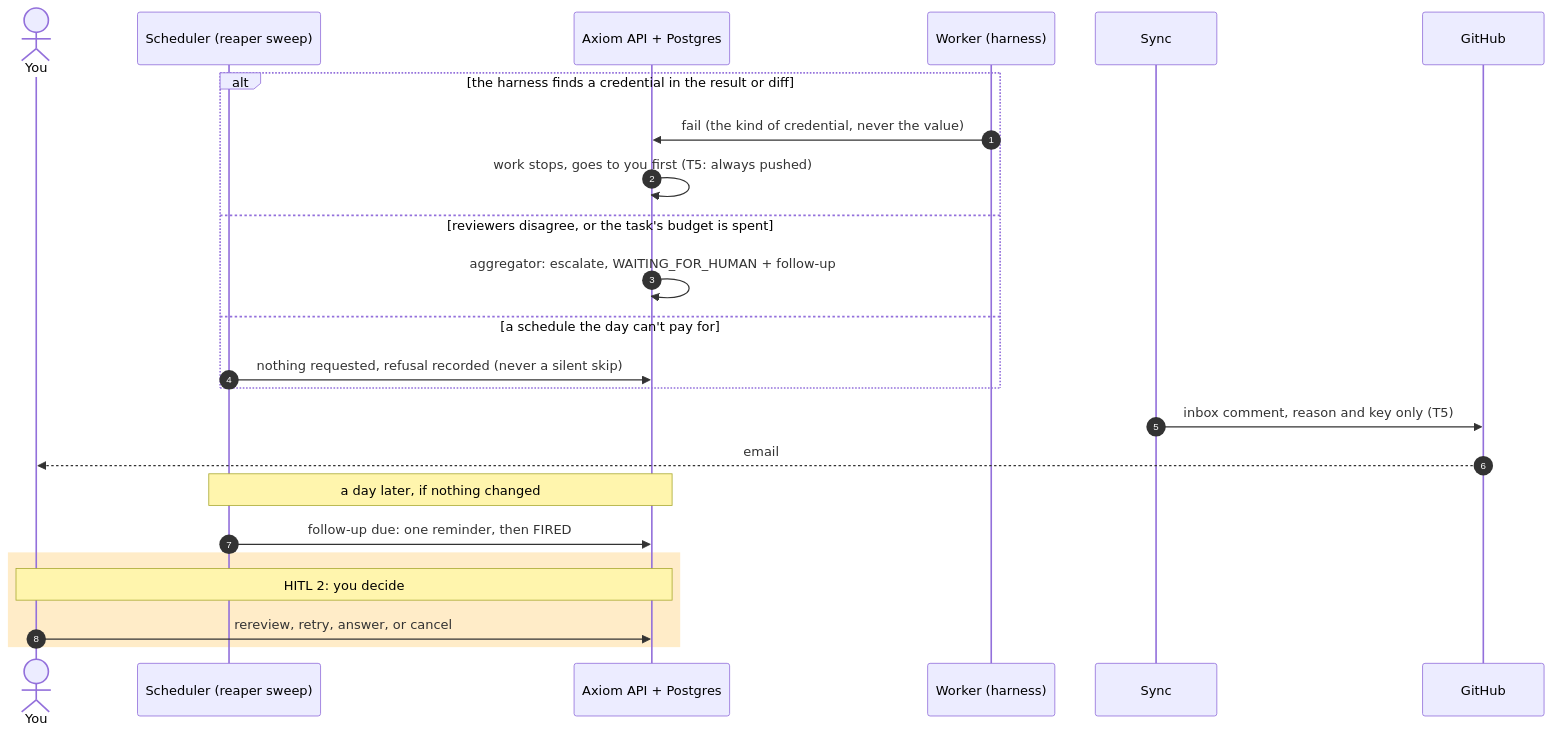
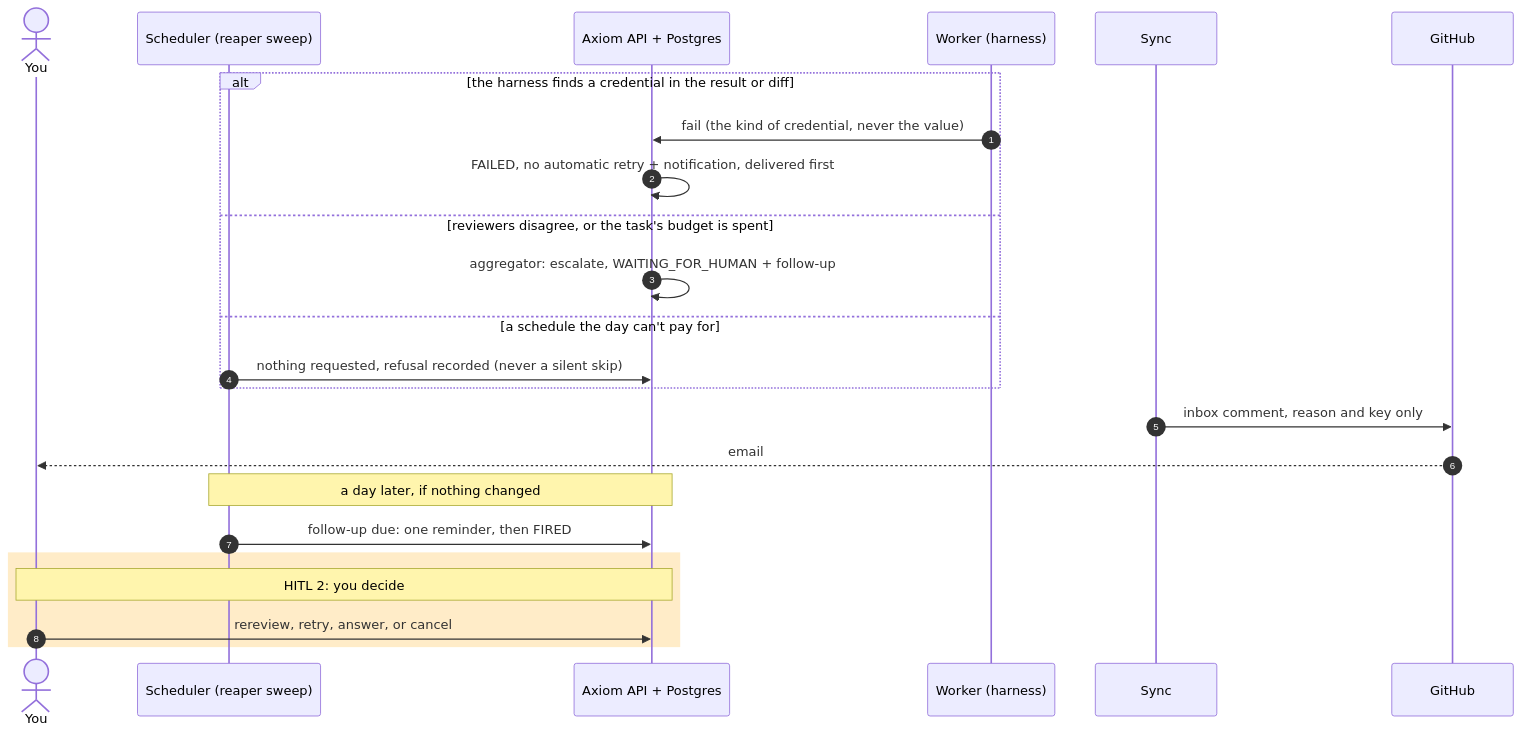
One commit to bharathcmbox/axiom changed the sixth of 8 diagrams in docs/guide/17-continuous-operation.md. Above: the diagram before and after it, drawn with Mermaid. The commit also changed other lines of this file and 28 other files, not shown here.

````diff
--- a/docs/guide/17-continuous-operation.md
+++ b/docs/guide/17-continuous-operation.md
@@ -211,27 +211,27 @@
 ```mermaid
 sequenceDiagram
     autonumber
     actor You
     participant Sch as Scheduler (reaper sweep)
     participant AX as Axiom API + Postgres
     participant W as Worker (harness)
     participant SY as Sync
     participant GH as GitHub
 
     alt the harness finds a credential in the result or diff
         W->>AX: fail (the kind of credential, never the value)
-        AX->>AX: work stops, goes to you first (T5: always pushed)
+        AX->>AX: FAILED, no automatic retry + notification, delivered first
     else reviewers disagree, or the task's budget is spent
         AX->>AX: aggregator: escalate, WAITING_FOR_HUMAN + follow-up
     else a schedule the day can't pay for
         Sch->>AX: nothing requested, refusal recorded (never a silent skip)
     end
-    SY->>GH: inbox comment, reason and key only (T5)
+    SY->>GH: inbox comment, reason and key only
     GH-->>You: email
     Note over Sch,AX: a day later, if nothing changed
     Sch->>AX: follow-up due: one reminder, then FIRED
     rect rgb(255, 236, 200)
         Note over You,AX: HITL 2: you decide
         You->>AX: rereview, retry, answer, or cancel
     end
 ```
````
